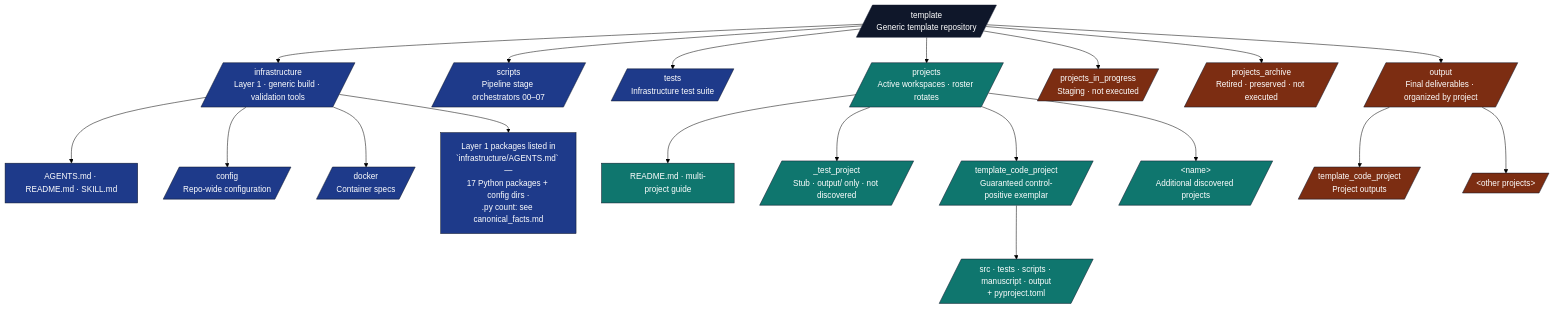
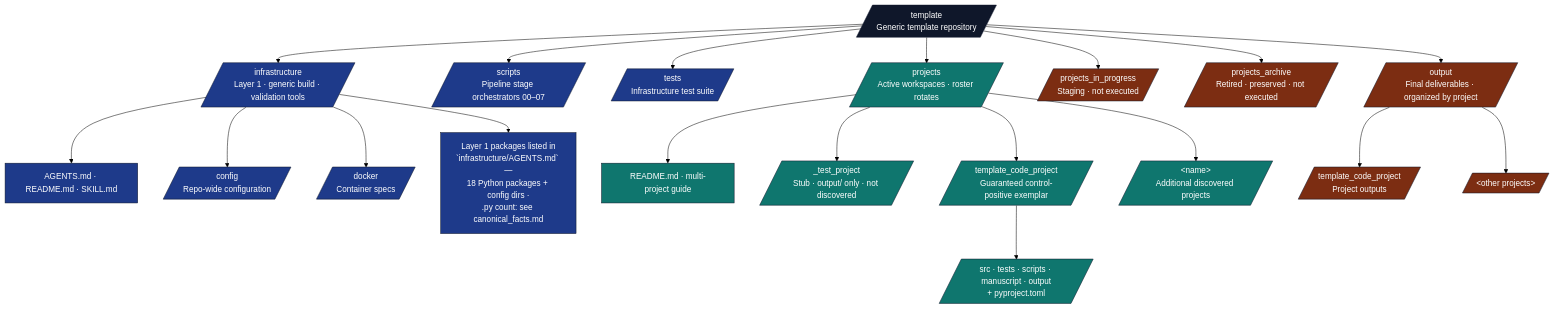
Before and after one commit to docxology/template: the first of 4 diagrams in AGENTS.md, drawn with Mermaid (forest theme). The commit also changed other lines of this file and 317 other files, not shown here.

````diff
--- a/AGENTS.md
+++ b/AGENTS.md
@@ -225,36 +228,36 @@
 ```mermaid
 flowchart TB
     ROOT[/template<br/>Generic template repository/]
 
     ROOT --> INFRA[/infrastructure<br/>Layer 1 · generic build · validation tools/]
     ROOT --> SCRIPTS[/scripts<br/>Pipeline stage orchestrators 00–07/]
     ROOT --> TESTS[/tests<br/>Infrastructure test suite/]
     ROOT --> PROJECTS[/projects<br/>Active workspaces · roster rotates/]
     ROOT --> WIP[/projects_in_progress<br/>Staging · not executed/]
     ROOT --> ARCH[/projects_archive<br/>Retired · preserved · not executed/]
     ROOT --> OUT[/output<br/>Final deliverables · organized by project/]
 
     INFRA --> I_DOCS[AGENTS.md · README.md · SKILL.md]
     INFRA --> I_CONFIG[/config<br/>Repo-wide configuration/]
     INFRA --> I_DOCKER[/docker<br/>Container specs/]
-    INFRA --> I_SUB[Layer 1 packages listed in<br/>`infrastructure/AGENTS.md` —<br/>17 Python packages + config dirs ·<br/>.py count: see canonical_facts.md]
+    INFRA --> I_SUB[Layer 1 packages listed in<br/>`infrastructure/AGENTS.md` —<br/>18 Python packages + config dirs ·<br/>.py count: see canonical_facts.md]
 
     PROJECTS --> P_README[README.md · multi-project guide]
     PROJECTS --> P_STUB[/_test_project<br/>Stub · output/ only · not discovered/]
     PROJECTS --> P_CODE[/template_code_project<br/>Guaranteed control-positive exemplar/]
     PROJECTS --> P_OTHER[/&lt;name&gt;<br/>Additional discovered projects/]
 
     P_CODE --> P_C_SRC[/src · tests · scripts · manuscript · output<br/>+ pyproject.toml/]
 
     OUT --> O_CODE[/template_code_project<br/>Project outputs/]
     OUT --> O_DOTS[/&lt;other projects&gt;/]
 
     classDef root fill:#0f172a,stroke:#0f172a,color:#fff
     classDef l1 fill:#1e3a8a,stroke:#0f172a,color:#fff
     classDef l2 fill:#0f766e,stroke:#0f172a,color:#fff
     classDef gen fill:#7c2d12,stroke:#0f172a,color:#fff
     class ROOT root
     class INFRA,SCRIPTS,TESTS,I_CONFIG,I_DOCKER,I_SUB,I_DOCS l1
     class PROJECTS,P_CODE,P_OTHER,P_STUB,P_README,P_C_SRC l2
     class WIP,ARCH,OUT,O_CODE,O_DOTS gen
 ```
````
